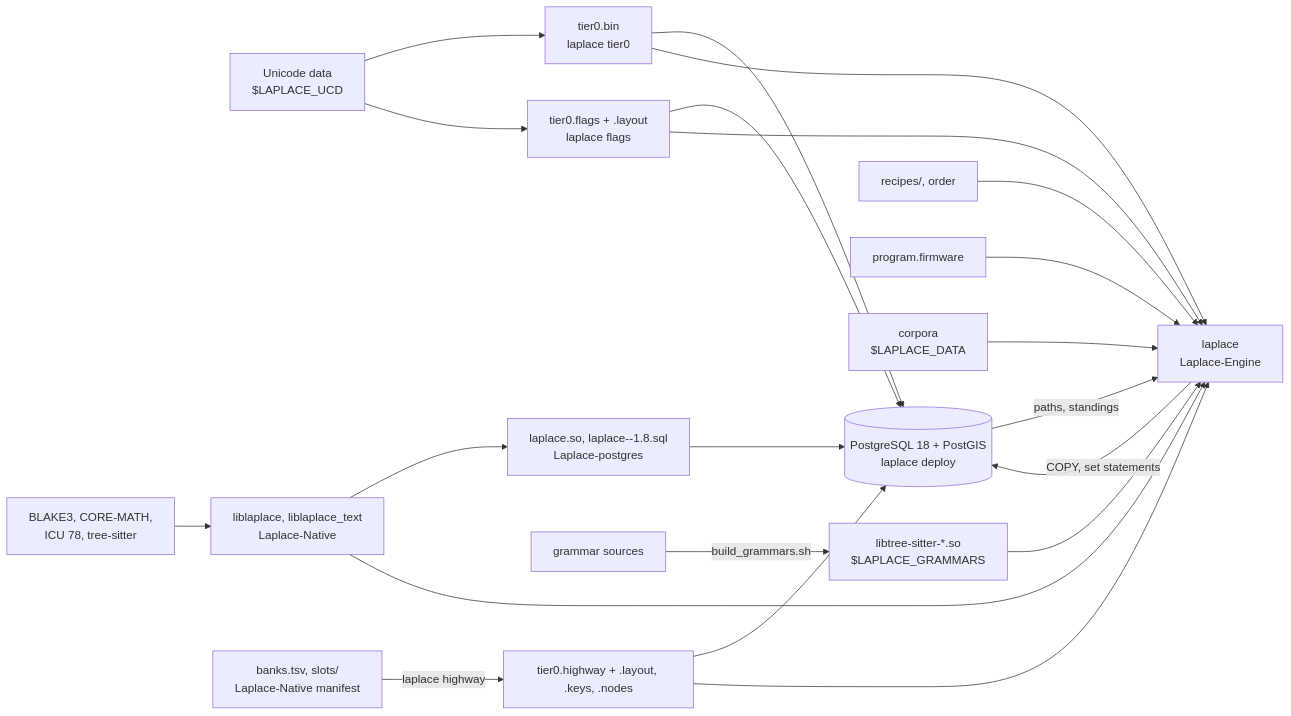
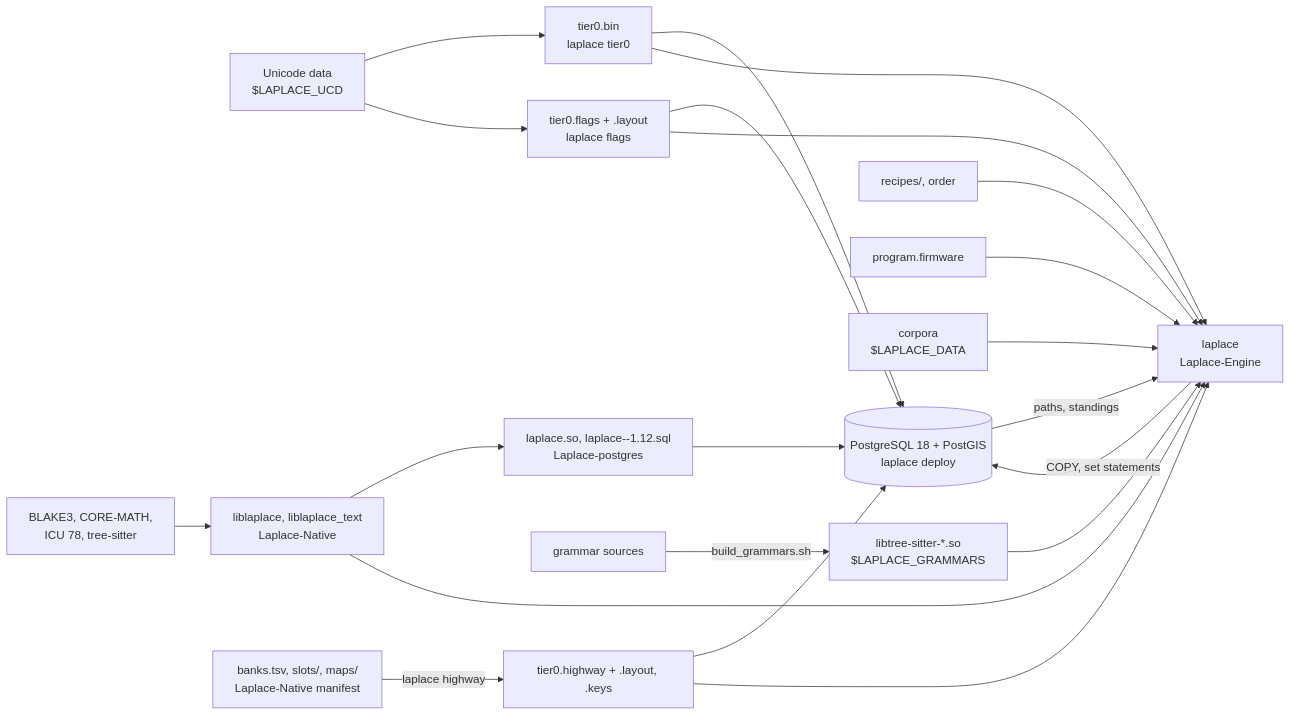
One commit to SaltyPatron/Laplace-Wiki changed the diagram in Reference/Repositories.md. Above: the diagram before and after it, drawn with Mermaid. The commit also changed other lines of this file and 15 other files, not shown here.

First line of the commit message:
Document self-contained highway, containment attribution, SQL catalog, and Mold-A-Model export

````diff
--- a/Reference/Repositories.md
+++ b/Reference/Repositories.md
@@ -23,23 +23,23 @@
 ```mermaid
 flowchart LR
     UCD[Unicode data<br>$LAPLACE_UCD] --> T0[tier0.bin<br>laplace tier0]
     UCD --> FL[tier0.flags + .layout<br>laplace flags]
     BL[BLAKE3, CORE-MATH,<br>ICU 78, tree-sitter] --> NAT[liblaplace, liblaplace_text<br>Laplace-Native]
-    NAT --> EXT[laplace.so, laplace--1.8.sql<br>Laplace-postgres]
+    NAT --> EXT[laplace.so, laplace--1.12.sql<br>Laplace-postgres]
     NAT --> ENG[laplace<br>Laplace-Engine]
     GR[grammar sources] -->|build_grammars.sh| SO[libtree-sitter-*.so<br>$LAPLACE_GRAMMARS]
     SO --> ENG
     EXT --> DB[(PostgreSQL 18 + PostGIS<br>laplace deploy)]
     T0 --> DB
     FL --> DB
     T0 --> ENG
     FL --> ENG
-    MAN[banks.tsv, slots/<br>Laplace-Native manifest] -->|laplace highway| HW[tier0.highway + .layout, .keys, .nodes]
+    MAN[banks.tsv, slots/, maps/<br>Laplace-Native manifest] -->|laplace highway| HW[tier0.highway + .layout, .keys]
     HW --> DB
     HW --> ENG
     REC[recipes/, order] --> ENG
     FW[program.firmware] --> ENG
     DATA[corpora<br>$LAPLACE_DATA] --> ENG
     ENG -->|COPY, set statements| DB
     DB -->|paths, standings| ENG
 ```
````
